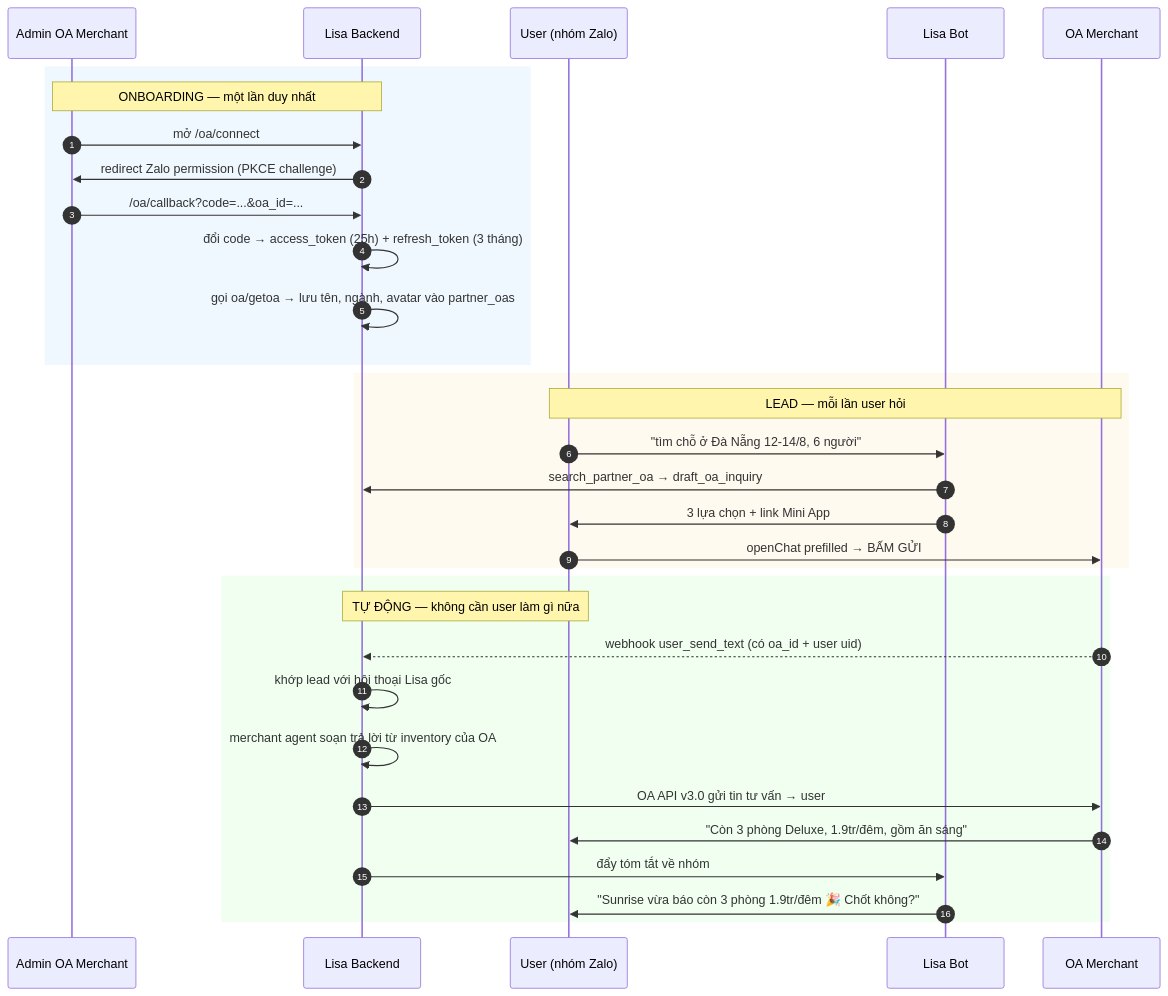
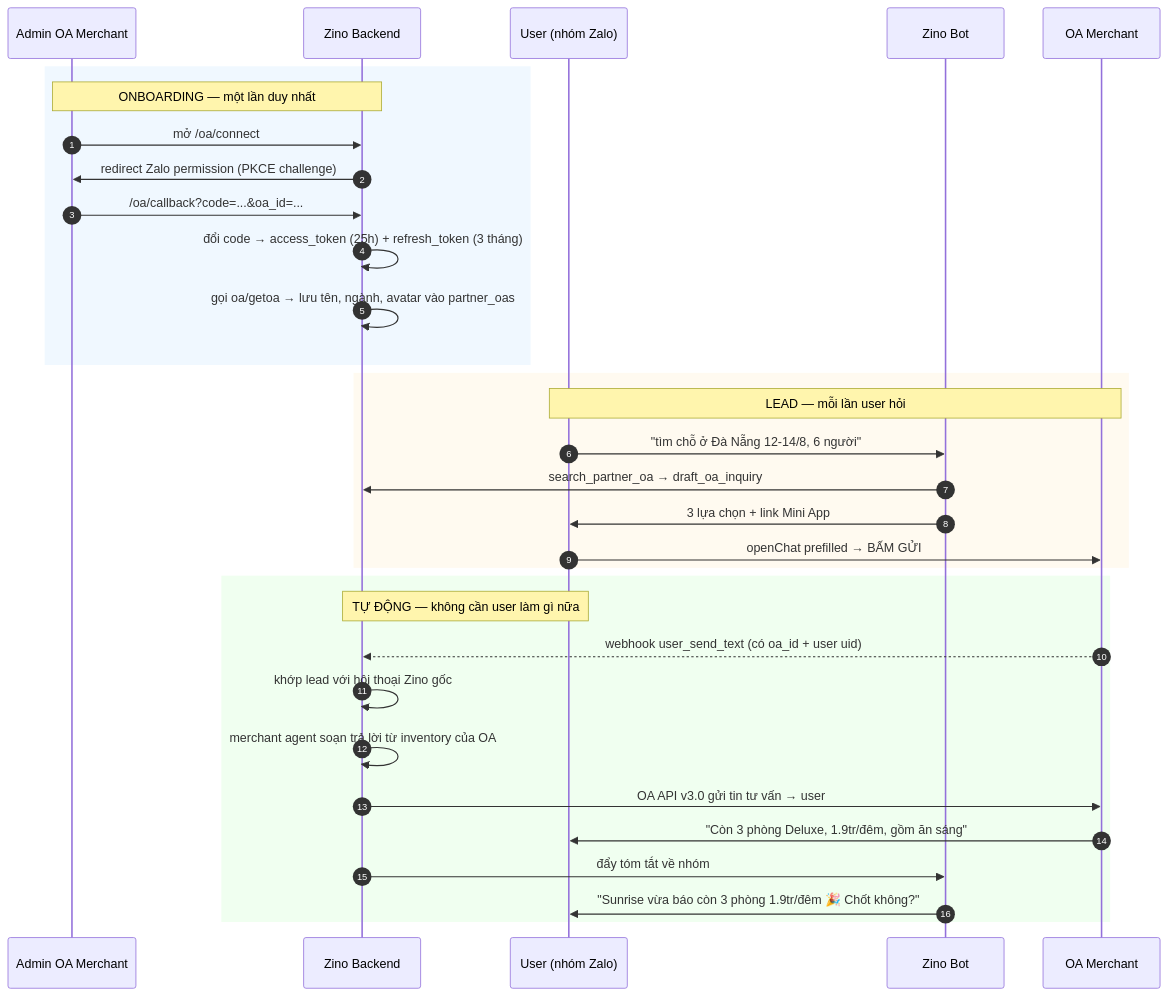
One commit to maitrungdong/lisa-travel-agent.qq.za.hackathon.2026 changed the diagram in docs/PARTNER-NETWORK.md. Above: the diagram before and after it, drawn with Mermaid. The commit also changed other lines of this file and 61 other files, not shown here.

Commit message:
rebrand: lisa -> zino, bot token moi

````diff
--- a/docs/PARTNER-NETWORK.md
+++ b/docs/PARTNER-NETWORK.md
@@ -29,37 +29,37 @@
 ```mermaid
 sequenceDiagram
     autonumber
     participant M as Admin OA Merchant
-    participant B as Lisa Backend
+    participant B as Zino Backend
     participant U as User (nhóm Zalo)
-    participant L as Lisa Bot
+    participant L as Zino Bot
     participant OA as OA Merchant
 
     rect rgb(240,248,255)
     Note over M,B: ONBOARDING — một lần duy nhất
     M->>B: mở /oa/connect
     B->>M: redirect Zalo permission (PKCE challenge)
     M->>B: /oa/callback?code=...&oa_id=...
     B->>B: đổi code → access_token (25h) + refresh_token (3 tháng)
     B->>B: gọi oa/getoa → lưu tên, ngành, avatar vào partner_oas
     end
 
     rect rgb(255,250,240)
     Note over U,OA: LEAD — mỗi lần user hỏi
     U->>L: "tìm chỗ ở Đà Nẵng 12-14/8, 6 người"
     L->>B: search_partner_oa → draft_oa_inquiry
     L->>U: 3 lựa chọn + link Mini App
     U->>OA: openChat prefilled → BẤM GỬI
     end
 
     rect rgb(240,255,240)
     Note over B,U: TỰ ĐỘNG — không cần user làm gì nữa
     OA-->>B: webhook user_send_text (có oa_id + user uid)
-    B->>B: khớp lead với hội thoại Lisa gốc
+    B->>B: khớp lead với hội thoại Zino gốc
     B->>B: merchant agent soạn trả lời từ inventory của OA
     B->>OA: OA API v3.0 gửi tin tư vấn → user
     OA->>U: "Còn 3 phòng Deluxe, 1.9tr/đêm, gồm ăn sáng"
     B->>L: đẩy tóm tắt về nhóm
     L->>U: "Sunrise vừa báo còn 3 phòng 1.9tr/đêm 🎉 Chốt không?"
     end
 ```
````
